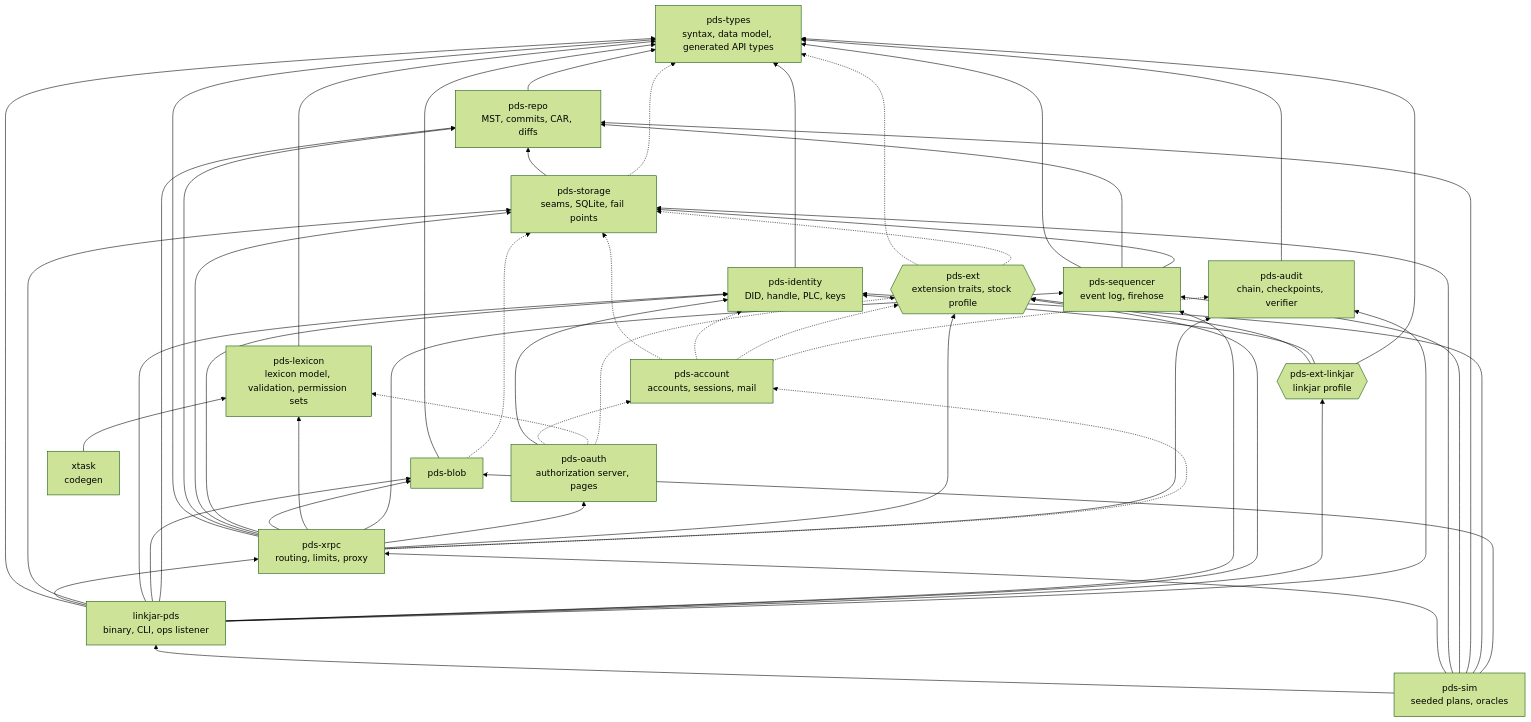
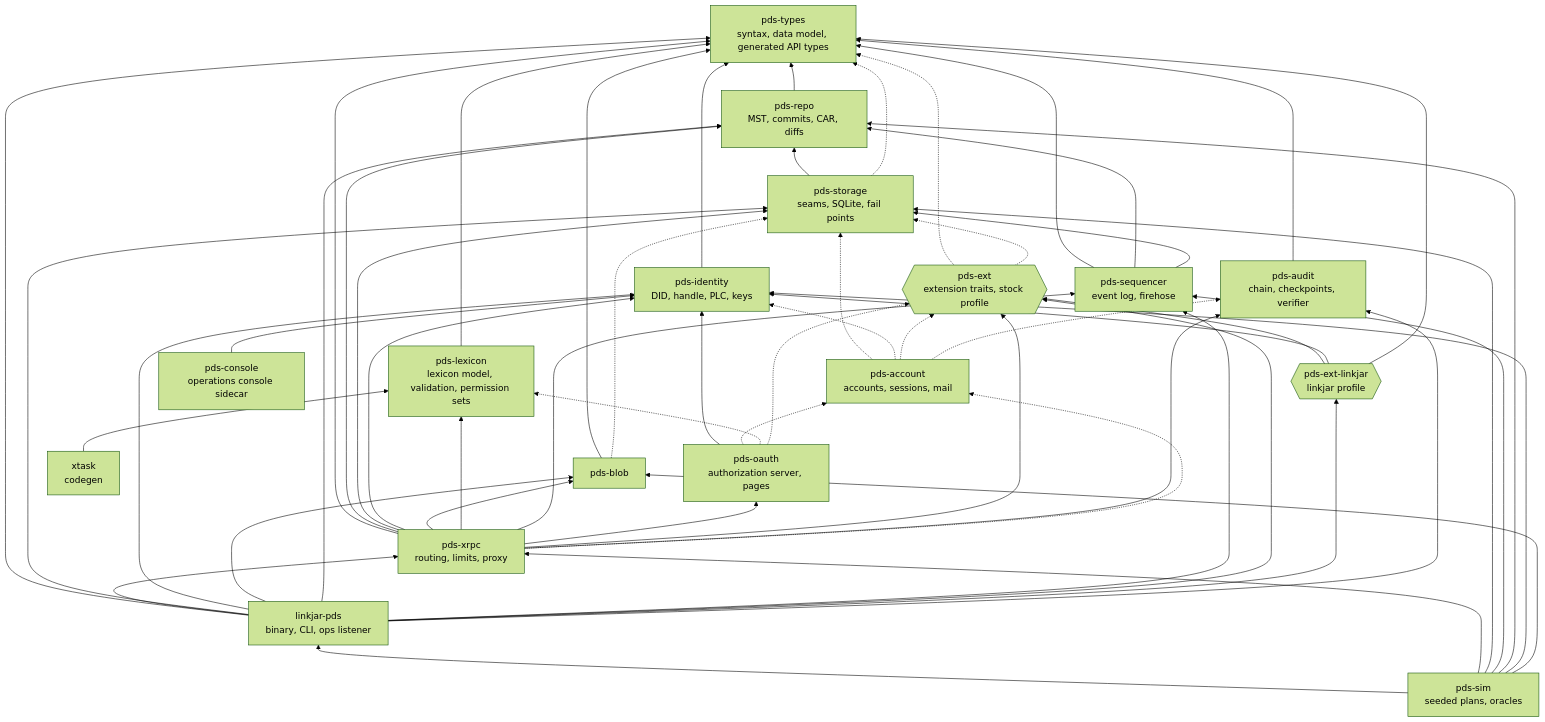
The diagram in docs/architecture/diagrams/03-crates.mmd (linkjar/pds), drawn with Mermaid (forest theme) before and after one commit. The commit also changed 7 other files, not shown here.

```diff
--- a/docs/architecture/diagrams/03-crates.mmd
+++ b/docs/architecture/diagrams/03-crates.mmd
@@ -1,36 +1,38 @@
 flowchart BT
   types[pds-types<br/>syntax, data model, generated API types]
   lexicon[pds-lexicon<br/>lexicon model, validation, permission sets]
   repo[pds-repo<br/>MST, commits, CAR, diffs]
   storage[pds-storage<br/>seams, SQLite, fail points]
   blob[pds-blob]
   identity[pds-identity<br/>DID, handle, PLC, keys]
   sequencer[pds-sequencer<br/>event log, firehose]
   account[pds-account<br/>accounts, sessions, mail]
   oauth[pds-oauth<br/>authorization server, pages]
   audit[pds-audit<br/>chain, checkpoints, verifier]
   xrpc[pds-xrpc<br/>routing, limits, proxy]
   ext{{pds-ext<br/>extension traits, stock profile}}
   linkjar{{pds-ext-linkjar<br/>linkjar profile}}
   sim[pds-sim<br/>seeded plans, oracles]
   bin[linkjar-pds<br/>binary, CLI, ops listener]
   xtask[xtask<br/>codegen]
+  console[pds-console<br/>operations console sidecar]
   lexicon --> types
   repo --> types
   storage --> repo
   storage -.-> types
   blob --> types
   blob -.-> storage
   identity --> types
   sequencer --> types & repo & storage
   account -.-> storage & identity & ext & audit
   oauth --> identity
   oauth -.-> account & lexicon & ext
   audit --> types
   xrpc --> types & repo & storage & identity & blob & lexicon & sequencer & oauth & ext & audit
   xrpc -.-> account
   ext -.-> types & storage
   linkjar --> ext & identity & types
   sim --> bin & xrpc & storage & sequencer & repo & identity & blob
   bin --> types & xrpc & storage & identity & blob & repo & sequencer & ext & linkjar & audit
   xtask --> lexicon
+  console --> identity
```
